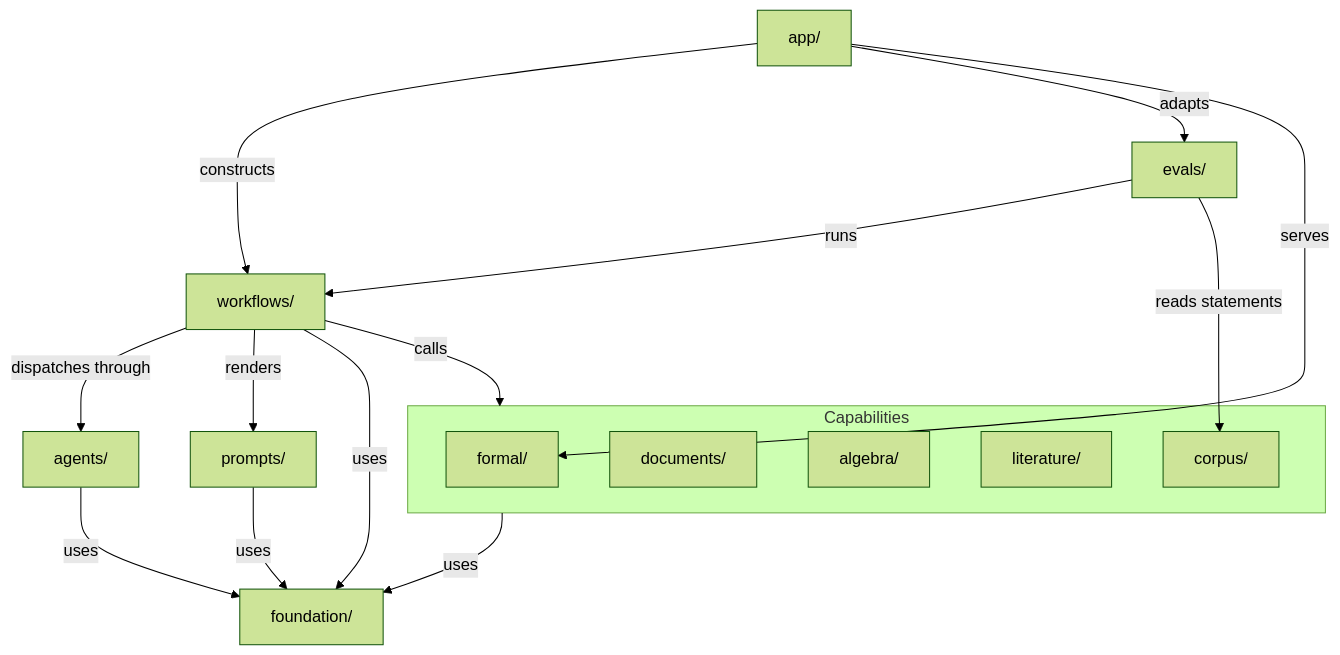
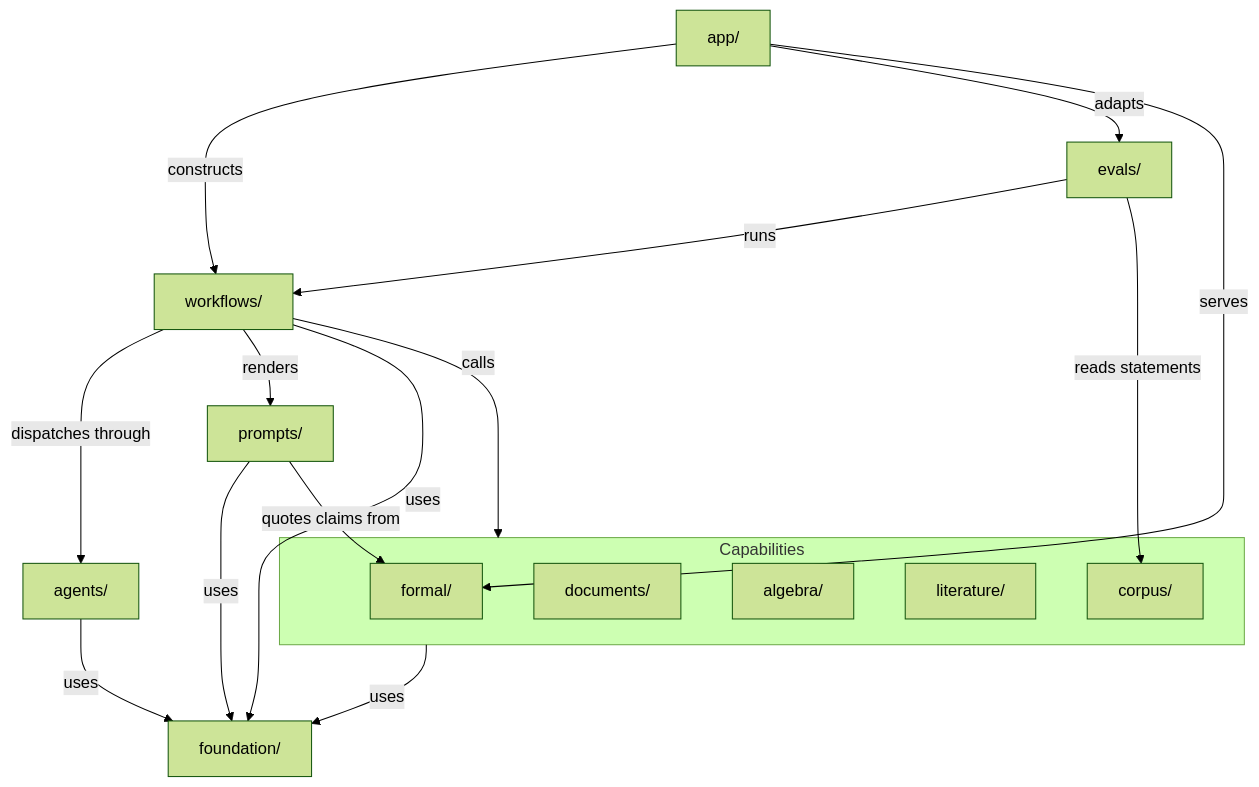
The second of 2 diagrams in docs/design/overview.md (charlesmsiegel/hardy), drawn with Mermaid (forest theme) before and after one commit. The commit also changed other lines of this file and 3 other files, not shown here.

````diff
--- a/docs/design/overview.md
+++ b/docs/design/overview.md
@@ -122,30 +122,31 @@
 ```mermaid
 flowchart TD
     app["app/"]
     evals["evals/"]
     workflows["workflows/"]
     agents["agents/"]
     prompts["prompts/"]
     foundation["foundation/"]
 
     subgraph capabilities [Capabilities]
         formal["formal/"]
         documents["documents/"]
         algebra["algebra/"]
         literature["literature/"]
         corpus["corpus/"]
     end
 
     app -->|constructs| workflows
     app -->|adapts| evals
     app -->|serves| formal
     evals -->|runs| workflows
     evals -->|reads statements| corpus
     workflows -->|calls| capabilities
     workflows -->|dispatches through| agents
     workflows -->|renders| prompts
     capabilities -->|uses| foundation
     agents -->|uses| foundation
     workflows -->|uses| foundation
     prompts -->|uses| foundation
+    prompts -->|quotes claims from| formal
 ```
````
